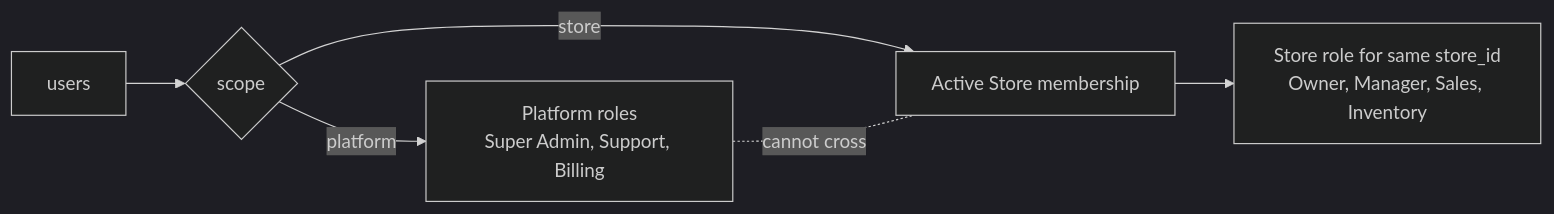
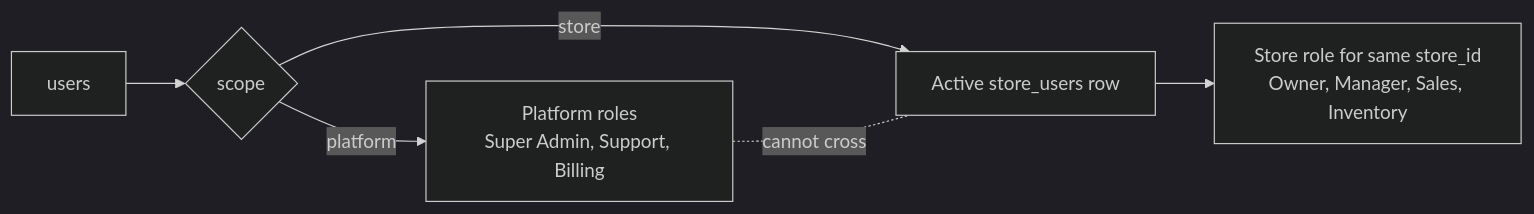
One commit to fzeeso/shopnxebk changed the second of 5 diagrams in docs/developer-guide.md. Above: the diagram before and after it, drawn with Mermaid (dark theme). The commit also changed other lines of this file and 81 other files, not shown here.

Commit message:
store database architecture

````diff
--- a/docs/developer-guide.md
+++ b/docs/developer-guide.md
@@ -119,9 +119,9 @@
 ```mermaid
 flowchart LR
     User["users"]
     User --> Scope{"scope"}
     Scope -->|"platform"| Platform["Platform roles<br/>Super Admin, Support, Billing"]
-    Scope -->|"store"| Membership["Active Store membership"]
+    Scope -->|"store"| Membership["Active store_users row"]
     Membership --> StoreRole["Store role for same store_id<br/>Owner, Manager, Sales, Inventory"]
     Platform -. "cannot cross" .- Membership
 ```
````
